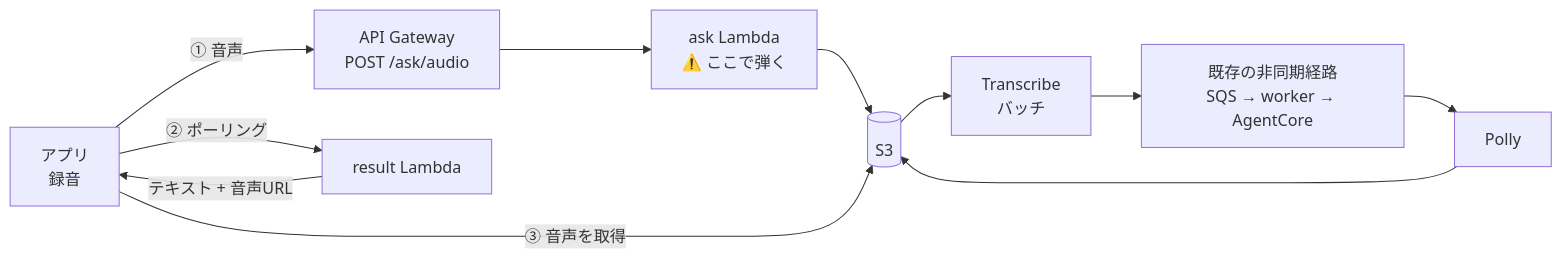
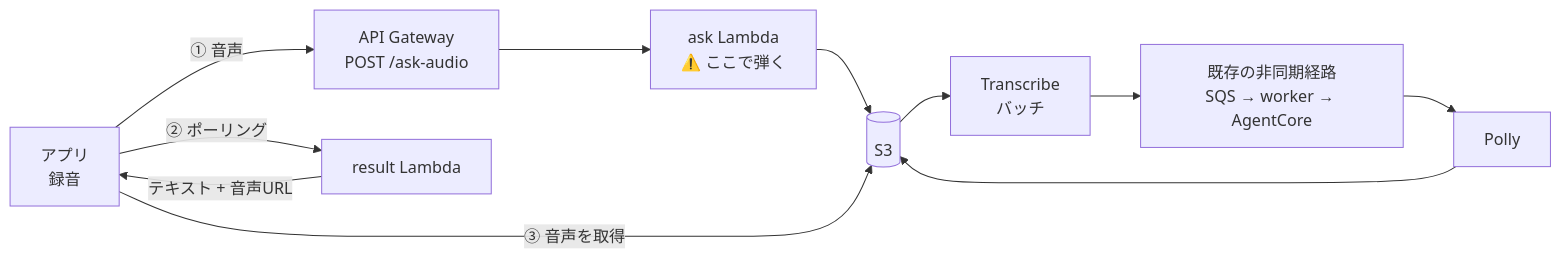
The second of 3 diagrams in docs/01_architecture.md (h-akira/TouringProject), drawn with Mermaid before and after one commit. The commit also changed other lines of this file and 6 other files, not shown here.

````diff
--- a/docs/01_architecture.md
+++ b/docs/01_architecture.md
@@ -190,13 +190,13 @@
 ```mermaid
 flowchart LR
-    App["アプリ<br/>録音"] -->|"① 音声"| GW["API Gateway<br/>POST /ask/audio"]
+    App["アプリ<br/>録音"] -->|"① 音声"| GW["API Gateway<br/>POST /ask-audio"]
     GW --> L["ask Lambda<br/>⚠️ ここで弾く"]
     L --> S3[("S3")]
     S3 --> T["Transcribe<br/>バッチ"]
     T --> W["既存の非同期経路<br/>SQS → worker → AgentCore"]
     W --> P["Polly"]
     P --> S3
     App -->|"② ポーリング"| R["result Lambda"]
     R -->|"テキスト + 音声URL"| App
     App -->|"③ 音声を取得"| S3
 ```
````
